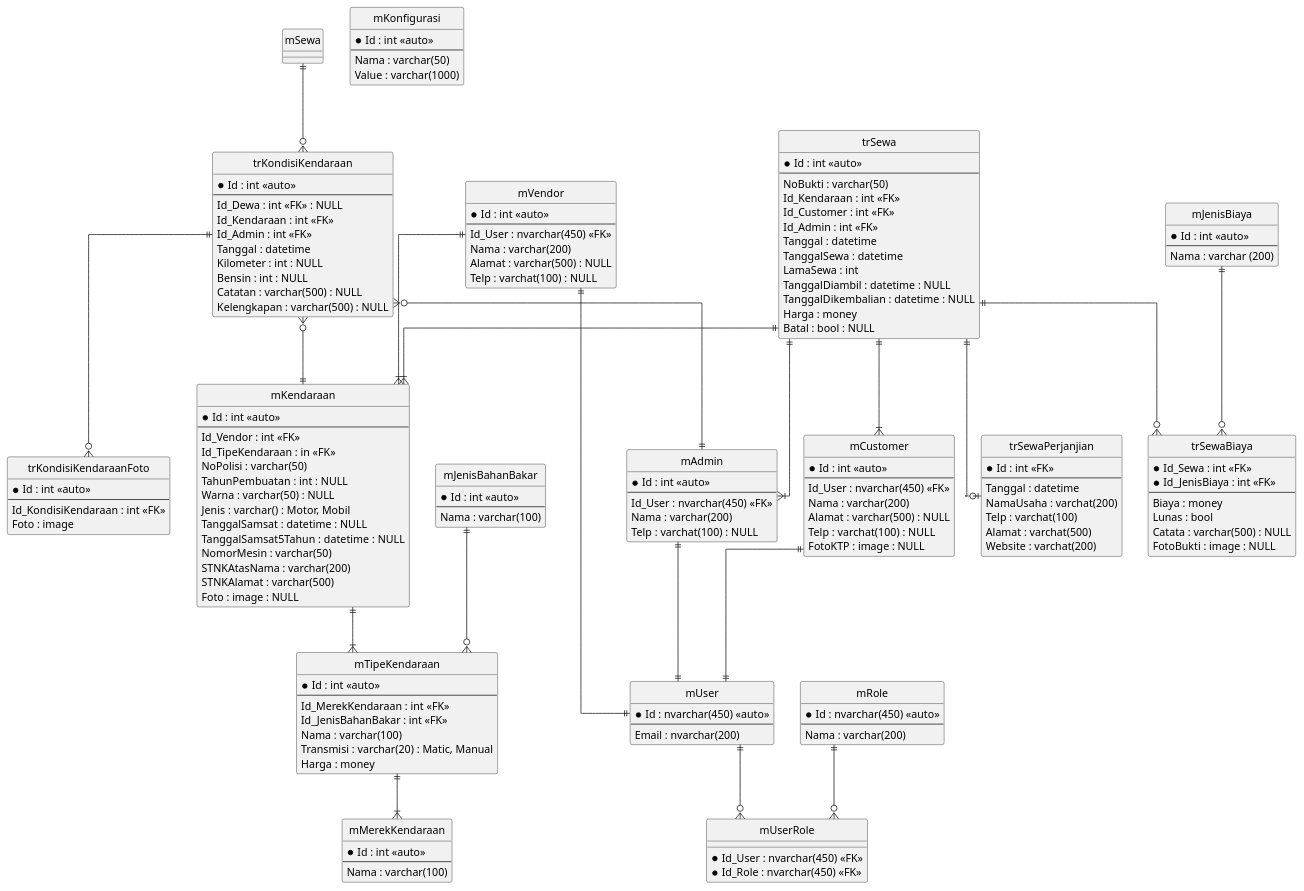
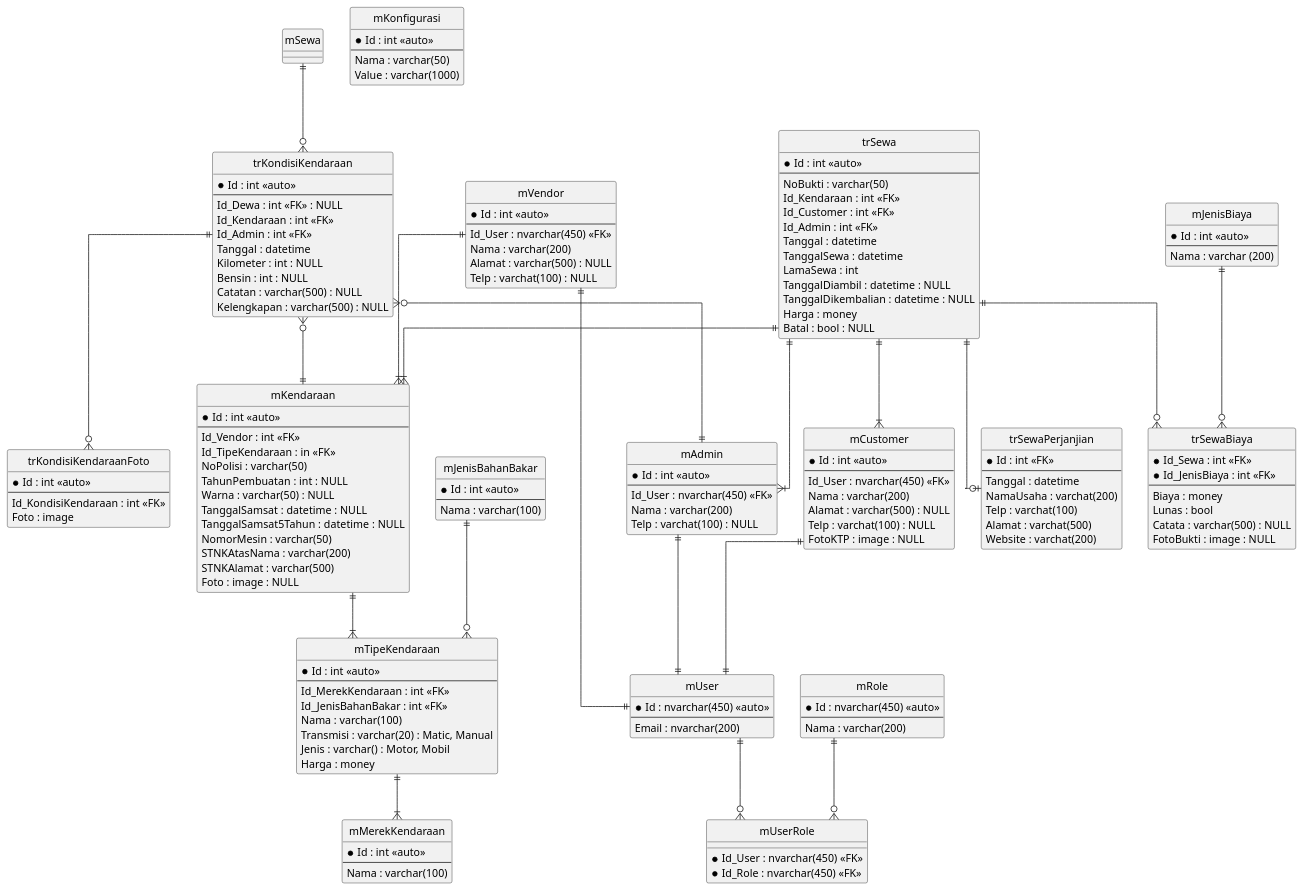
The diagram in diagram/8. erd.pu (debayus/rentcar), drawn with PlantUML before and after one commit. The commit also changed other lines of this file and 17 other files, not shown here.

```diff
--- a/diagram/8. erd.pu
+++ b/diagram/8. erd.pu
@@ -1,181 +1,181 @@
 @startuml erd
 
 hide circle
 skinparam linetype ortho
 
 entity "mUser" as mUser {
     *Id : nvarchar(450) <<auto>>
     --
     Email : nvarchar(200)
 }
 
 entity "mRole" as mRole {
     *Id : nvarchar(450) <<auto>>
     --
     Nama : varchar(200)
 }
 
 entity "mUserRole" as mUserRole {
     *Id_User : nvarchar(450) <<FK>>
     *Id_Role : nvarchar(450) <<FK>>
 }
 
 entity "mVendor" as mVendor {
     *Id : int <<auto>>
     --
     Id_User : nvarchar(450) <<FK>>
     Nama : varchar(200)
     Alamat : varchar(500) : NULL
     Telp : varchat(100) : NULL
 }
 
 entity "mAdmin" as mAdmin {
     *Id : int <<auto>>
     --
     Id_User : nvarchar(450) <<FK>>
     Nama : varchar(200)
     Telp : varchat(100) : NULL
 }
 
 entity "mCustomer" as mCustomer {
     *Id : int <<auto>>
     --
     Id_User : nvarchar(450) <<FK>>
     Nama : varchar(200)
     Alamat : varchar(500) : NULL
     Telp : varchat(100) : NULL
     FotoKTP : image : NULL
 }
 
 entity "mMerekKendaraan" as mMerekKendaraan {
     *Id : int <<auto>>
     --
     Nama : varchar(100)
 }
 
 entity "mJenisBahanBakar" as mJenisBahanBakar {
     *Id : int <<auto>>
     --
     Nama : varchar(100)
 }
 
 entity "mTipeKendaraan" as mTipeKendaraan {
     *Id : int <<auto>>
     --
     Id_MerekKendaraan : int <<FK>>
     Id_JenisBahanBakar : int <<FK>>
     Nama : varchar(100)
     Transmisi : varchar(20) : Matic, Manual
+    Jenis : varchar() : Motor, Mobil
     Harga : money
 }
 
 entity "mKendaraan" as mKendaraan {
     *Id : int <<auto>>
     --
     Id_Vendor : int <<FK>>
     Id_TipeKendaraan : in <<FK>> 
     NoPolisi : varchar(50)
     TahunPembuatan : int : NULL
     Warna : varchar(50) : NULL
-    Jenis : varchar() : Motor, Mobil
     TanggalSamsat : datetime : NULL
     TanggalSamsat5Tahun : datetime : NULL
     NomorMesin : varchar(50)
     STNKAtasNama : varchar(200)
     STNKAlamat : varchar(500)
     Foto : image : NULL
 }
 
 entity "trKondisiKendaraan" as trKondisiKendaraan {
     *Id : int <<auto>>
     --
     Id_Dewa : int <<FK>> : NULL
     Id_Kendaraan : int <<FK>>
     Id_Admin : int <<FK>>
     Tanggal : datetime
     Kilometer : int : NULL
     Bensin : int : NULL
     Catatan : varchar(500) : NULL
     Kelengkapan : varchar(500) : NULL
 }
 
 entity "trKondisiKendaraanFoto" as trKondisiKendaraanFoto {
     *Id : int <<auto>>
     --
     Id_KondisiKendaraan : int <<FK>>
     Foto : image
 }
 
 entity "trSewa" as trSewa {
     *Id : int <<auto>>
     --
     NoBukti : varchar(50)
     Id_Kendaraan : int <<FK>>
     Id_Customer : int <<FK>>
     Id_Admin : int <<FK>>
     Tanggal : datetime
     TanggalSewa : datetime
     LamaSewa : int
     TanggalDiambil : datetime : NULL
     TanggalDikembalian : datetime : NULL
     Harga : money
     Batal : bool : NULL
 }
 
 entity "trSewaPerjanjian" as trSewaPerjanjian {
     *Id : int <<FK>>
     --
     Tanggal : datetime
     NamaUsaha : varchat(200)
     Telp : varchat(100)
     Alamat : varchat(500)
     Website : varchat(200)
 }
 
 entity "trSewaBiaya" as trSewaBiaya {
     *Id_Sewa : int <<FK>>
     *Id_JenisBiaya : int <<FK>>
     --
     Biaya : money
     Lunas : bool
     Catata : varchar(500) : NULL
     FotoBukti : image : NULL
 }
 
 entity "mJenisBiaya" as mJenisBiaya {
     *Id : int <<auto>>
     --
     Nama : varchar (200)
 }
 
 entity "mKonfigurasi" as mKonfigurasi {
     *Id : int <<auto>>
     --
     Nama : varchar(50)
     Value : varchar(1000)
 }
 
 mUser ||--o{ mUserRole
 mRole ||--o{ mUserRole
 mVendor ||--|| mUser
 mAdmin ||--|| mUser
 mCustomer ||--|| mUser
 mVendor ||--|{ mKendaraan
 mSewa ||--o{ trKondisiKendaraan
 
 trKondisiKendaraan }o--|| mKendaraan
 trKondisiKendaraan }o--|| mAdmin
 trKondisiKendaraan ||--o{ trKondisiKendaraanFoto
 
 trSewa ||--|{ mKendaraan
 trSewa ||--|{ mCustomer
 trSewa ||--|{ mAdmin
 trSewa ||--o| trSewaPerjanjian
 trSewa ||--o{ trSewaBiaya
 mJenisBiaya ||--o{ trSewaBiaya
 mJenisBahanBakar ||--o{ mTipeKendaraan
 
 mKendaraan ||--|{ mTipeKendaraan
 mTipeKendaraan ||--|{ mMerekKendaraan
 
 @enduml
```
